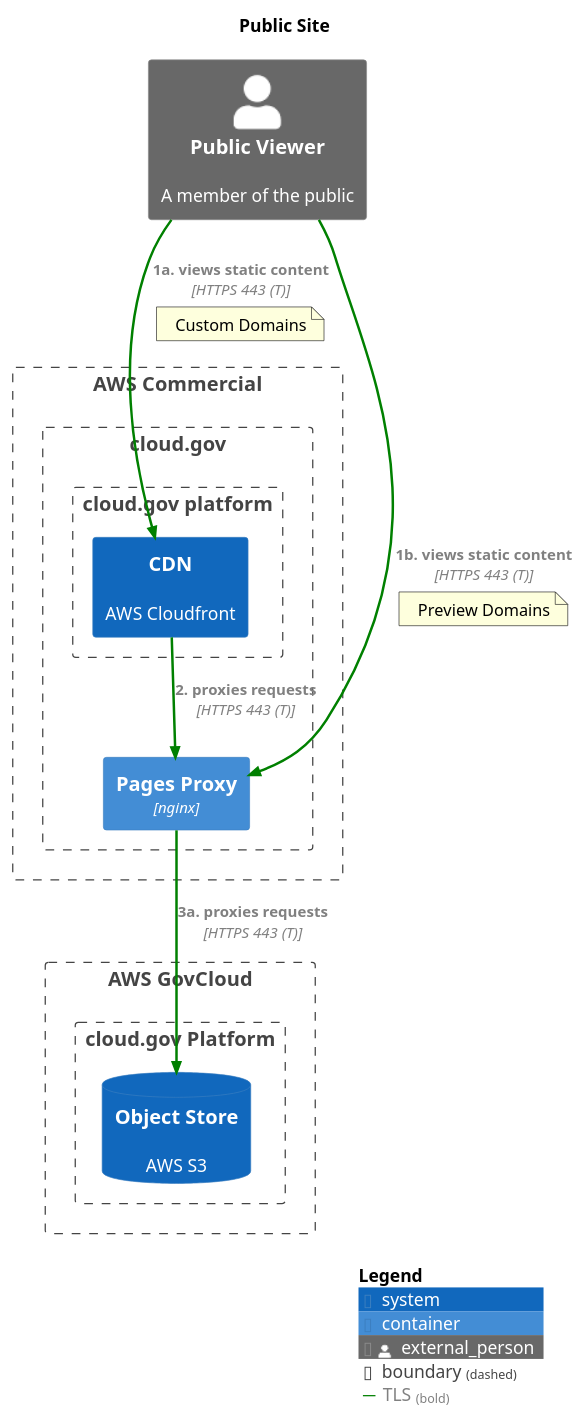
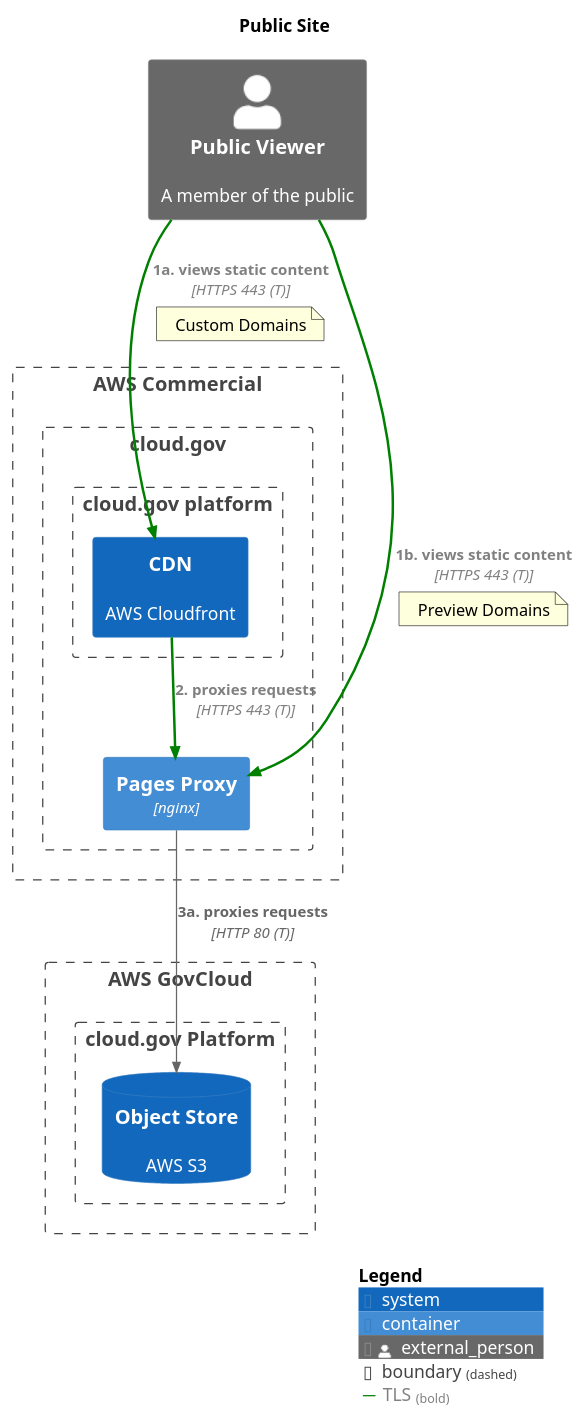
The diagram in source/diagrams/pages/public_flow.puml (cloud-gov/system-diagrams), drawn with PlantUML before and after one commit. The commit also changed 1 other file, not shown here.

Commit message:
pages proxy to s3 is currently NOT encrypted

```diff
--- a/source/diagrams/pages/public_flow.puml
+++ b/source/diagrams/pages/public_flow.puml
@@ -1,39 +1,39 @@
 @startuml public_flow
 !include https://raw.githubusercontent.com/plantuml-stdlib/C4-PlantUML/master/C4_Container.puml
 'https://github.com/plantuml-stdlib/C4-PlantUML
 
 title Public Site
 
 AddRelTag("TLS", $textColor="grey", $lineColor="green", $lineStyle=BoldLine())
 
 Person_Ext(public, "Public Viewer", "A member of the public")
 
 Boundary(awsgov, "AWS GovCloud") {
     Boundary(cgp_gc, "cloud.gov Platform") {
       SystemDb(s3, "Object Store", "AWS S3")
     }
 }
 Boundary(awscom, "AWS Commercial") {
   Boundary(cg, "cloud.gov") {
     Boundary(cgp_ew, "cloud.gov platform") {
       System(cdn, "CDN", "AWS Cloudfront")
     }
     Container(proxy, "Pages Proxy", "nginx")    
   }
 }
 
 Rel(public, cdn, "1a. views static content", "HTTPS 443 (T)", $tags="TLS")
 note on link
   Custom Domains
 end note
 
 Rel(public, proxy, "1b. views static content", "HTTPS 443 (T)", $tags="TLS")
 note on link
   Preview Domains
 end note
 
 Rel(cdn, proxy, "2. proxies requests", "HTTPS 443 (T)", $tags="TLS")
-Rel(proxy, s3, "3a. proxies requests", "HTTPS 443 (T)", $tags="TLS")
+Rel(proxy, s3, "3a. proxies requests", "HTTP 80 (T)")
 
 SHOW_LEGEND()
 @enduml
```
